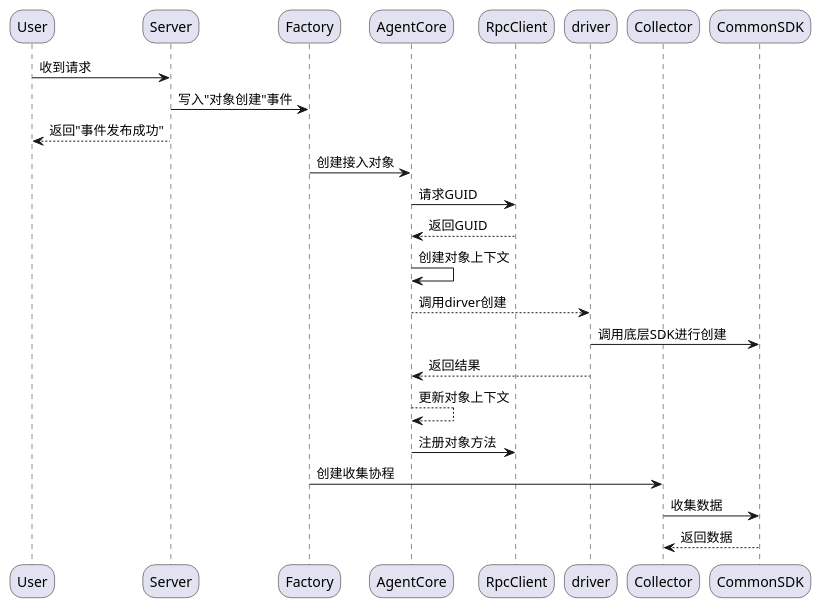
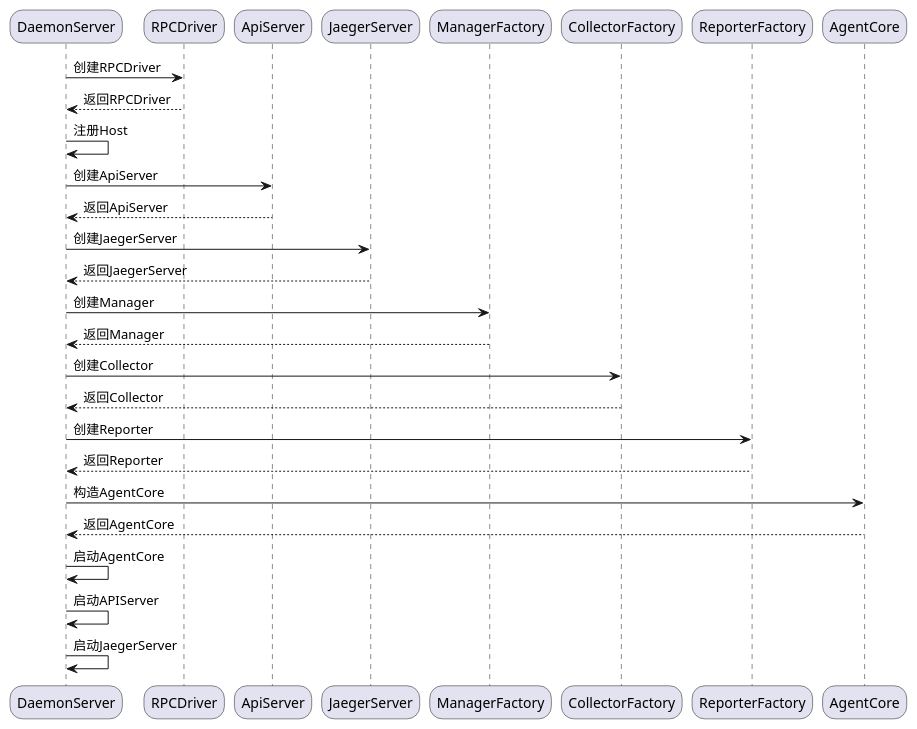
Before and after one commit to Faione/note: the second of 7 diagrams in WorkNote/Agent设计v2/执行代理V0.2-重构-草稿-2.md, drawn with PlantUML. The commit also changed other lines of this file and 2 other files, not shown here.

Commit message:
update agent v0.2

````diff
--- a/WorkNote/Agent设计v2/执行代理V0.2-重构-草稿-2.md
+++ b/WorkNote/Agent设计v2/执行代理V0.2-重构-草稿-2.md
@@ -100,32 +98,35 @@
 ```plantuml
 @startuml
 skinparam roundCorner 25
 skinparam responseMessageBelowArrow true
 
-participant User as f1
-participant Server as f2
-participant Factory as f3
-participant AgentCore as f4
-participant RpcClient as f5
-participant driver as f6
-participant Collector as f7
-participant CommonSDK as f8
+participant DaemonServer as f1
+participant RPCDriver as f2
+participant ApiServer as f3
+participant JaegerServer as f4
+participant ManagerFactory as f5
+participant CollectorFactory as f6
+participant ReporterFactory as f7
+participant AgentCore as f8
 
 
-f1    ->     f2  :收到请求
-f2    ->     f3  :写入"对象创建"事件
-f2    -->    f1  :返回"事件发布成功"
-f3    ->     f4  :创建接入对象
-f4    ->     f5  :请求GUID
-f5   -->     f4  :返回GUID
-f4    ->     f4  :创建对象上下文
-f4   -->     f6  :调用dirver创建
-f6    ->     f8  :调用底层SDK进行创建
-f6   -->     f4  :返回结果
-f4   -->     f4  :更新对象上下文
-f4    ->     f5  :注册对象方法
-f3    ->     f7  :创建收集协程
-f7    ->     f8  :收集数据
-f8    -->    f7  :返回数据
+f1    ->     f2  :创建RPCDriver
+f2    -->    f1  :返回RPCDriver
+f1    ->     f1  :注册Host
+f1    ->     f3  :创建ApiServer
+f3    -->    f1  :返回ApiServer
+f1    ->     f4  :创建JaegerServer
+f4    -->    f1  :返回JaegerServer
+f1    ->     f5  :创建Manager
+f5    -->    f1  :返回Manager
+f1    ->     f6  :创建Collector
+f6    -->    f1  :返回Collector
+f1    ->     f7  :创建Reporter
+f7    -->    f1  :返回Reporter
+f1    ->     f8  :构造AgentCore
+f8    -->    f1  :返回AgentCore
+f1    ->     f1  :启动AgentCore
+f1    ->     f1  :启动APIServer
+f1    ->     f1  :启动JaegerServer
 @enduml
 ```
````
